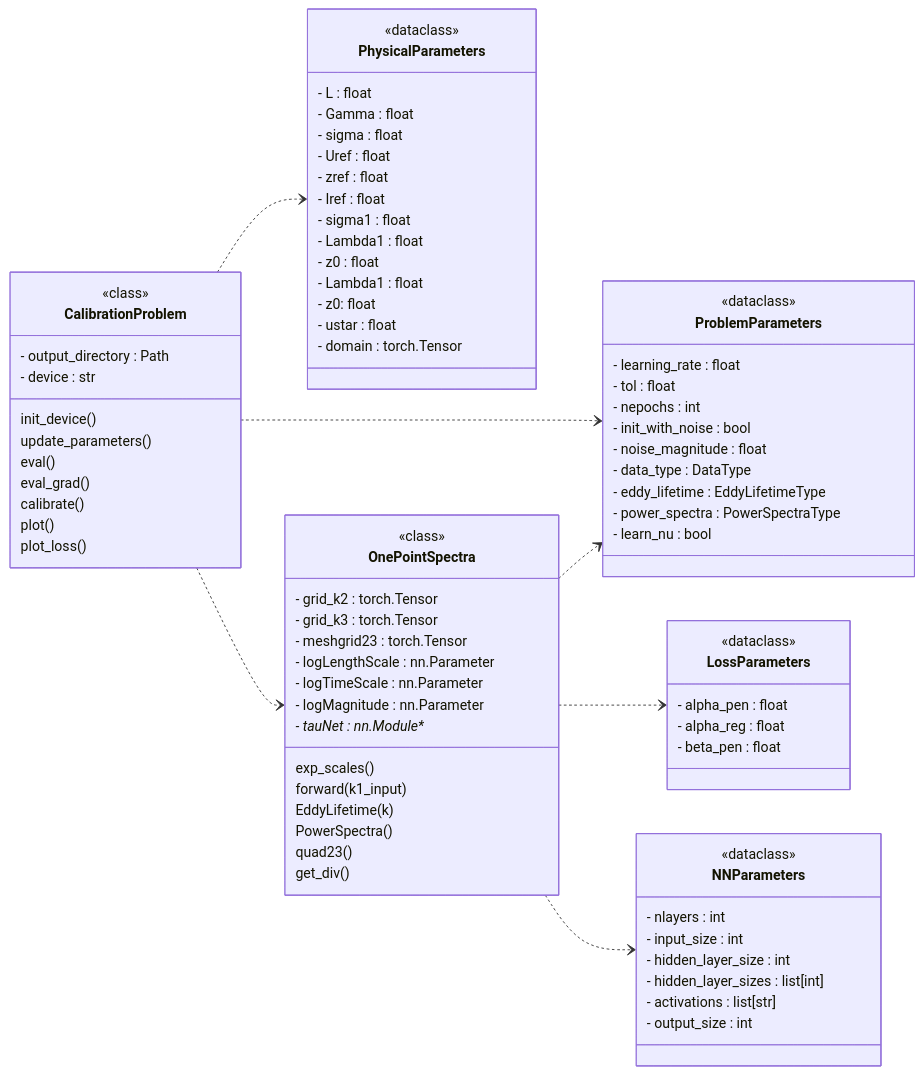
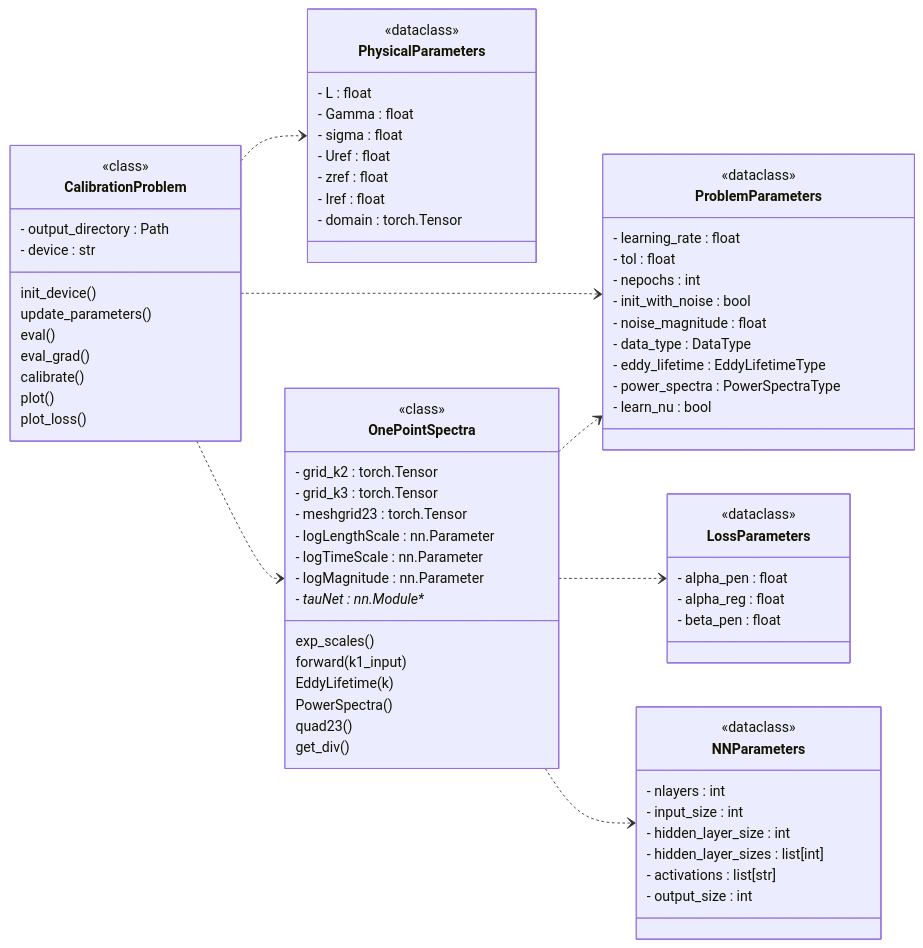
One commit to METHODS-Group/DRDMannTurb changed the diagram in docs/source/uml_drd.rst. Above: the diagram before and after it, drawn with Mermaid. The commit also changed 4 other files, not shown here.

```diff
--- a/docs/source/uml_drd.rst
+++ b/docs/source/uml_drd.rst
@@ -53,12 +53,6 @@
             - Uref : float 
             - zref : float 
             - Iref : float 
-            - sigma1 : float 
-            - Lambda1 : float 
-            - z0 : float 
-            - Lambda1 : float 
-            - z0: float 
-            - ustar : float 
             - domain : torch.Tensor
         }
         class LossParameters {
```
